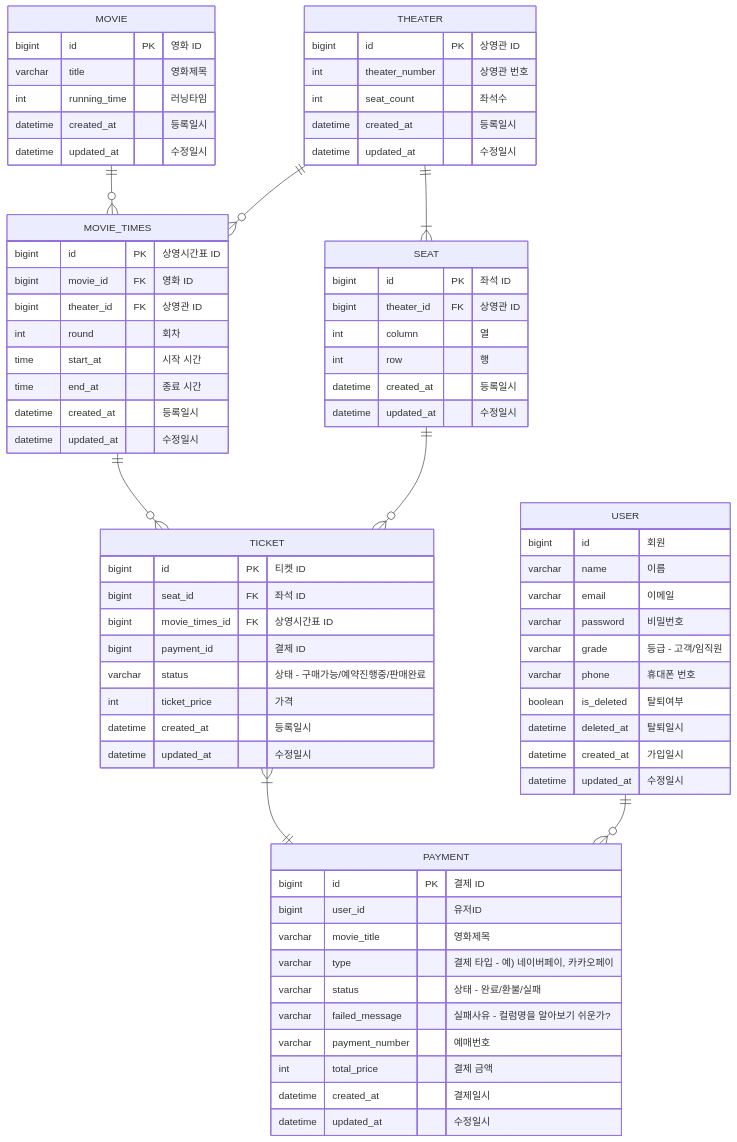
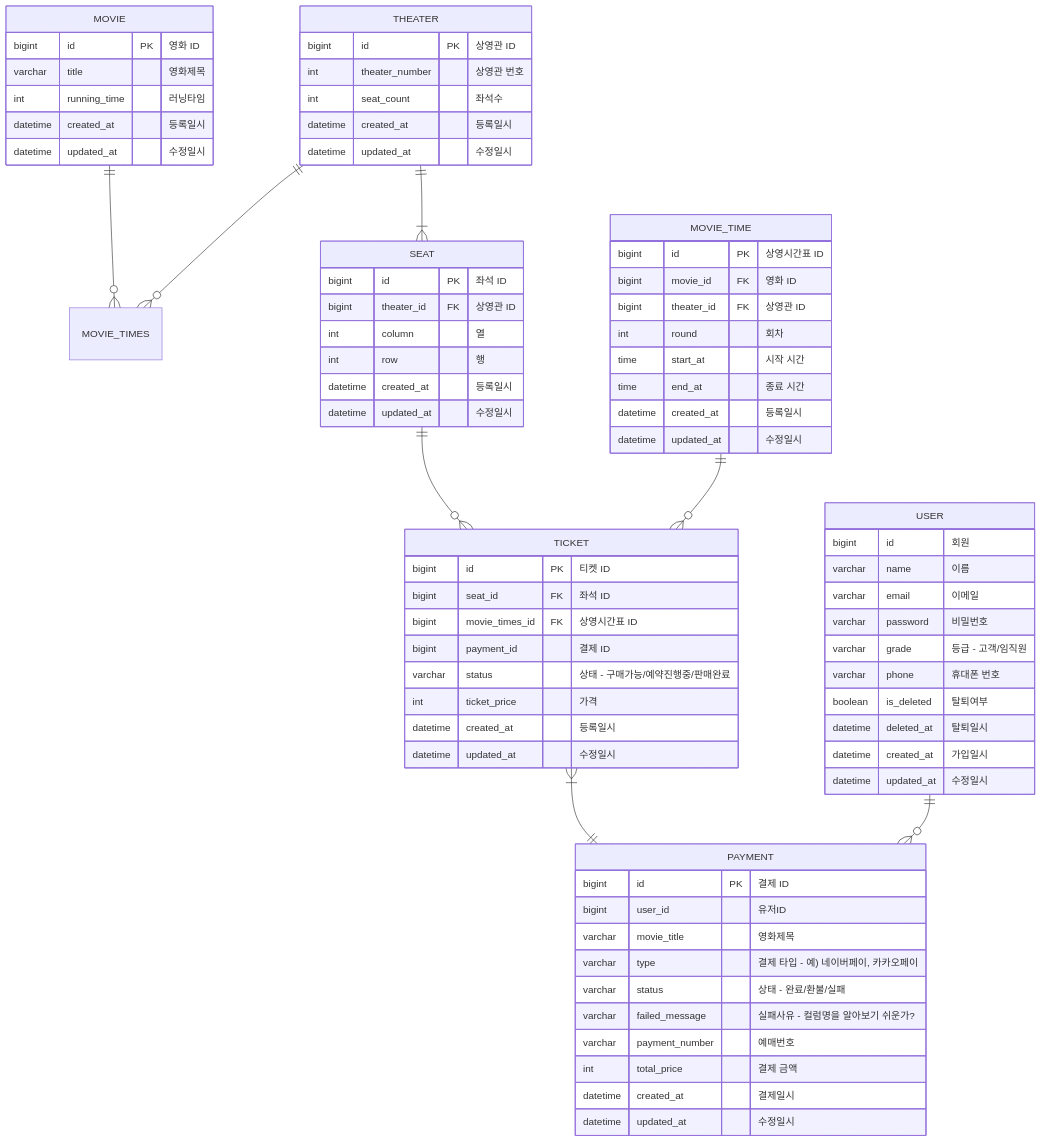
The diagram in README.md (f-lab-edu/Ticketing), drawn with Mermaid before and after one commit.

````diff
--- a/README.md
+++ b/README.md
@@ -45,76 +45,76 @@
 ``` mermaid
 erDiagram
     MOVIE ||--o{ MOVIE_TIMES : ""
     MOVIE {
         bigint id PK "영화 ID"
         varchar title "영화제목"
         int running_time "러닝타임"
         datetime created_at "등록일시"
         datetime updated_at "수정일시"
     }
     THEATER ||--o{ MOVIE_TIMES : ""
     THEATER ||--|{ SEAT : ""
     THEATER {
         bigint id PK "상영관 ID"
         int theater_number "상영관 번호"
         int seat_count "좌석수"
         datetime created_at "등록일시"
         datetime updated_at "수정일시"
     }
     SEAT ||--o{ TICKET : ""
     SEAT {
         bigint id PK "좌석 ID"
         bigint theater_id FK "상영관 ID"
         int column "열"
         int row "행"
         datetime created_at "등록일시"
         datetime updated_at "수정일시"
     }
-    MOVIE_TIMES ||--o{ TICKET : ""
-    MOVIE_TIMES {
+    MOVIE_TIME ||--o{ TICKET : ""
+    MOVIE_TIME {
         bigint id PK "상영시간표 ID"
         bigint movie_id FK "영화 ID"
         bigint theater_id FK "상영관 ID"
         int round "회차"
         time start_at "시작 시간"
         time end_at "종료 시간"
         datetime created_at "등록일시"
         datetime updated_at "수정일시"
     }
     TICKET {
         bigint id PK "티켓 ID"
         bigint seat_id FK "좌석 ID"
         bigint movie_times_id FK "상영시간표 ID"
         bigint payment_id "결제 ID"
         varchar status "상태 - 구매가능/예약진행중/판매완료"
         int ticket_price "가격"
         datetime created_at "등록일시"
         datetime updated_at "수정일시"
     }
     TICKET }|--|| PAYMENT : ""
     PAYMENT {
         bigint id PK "결제 ID"
         bigint user_id "유저ID"
         varchar movie_title "영화제목"
         varchar type "결제 타입 - 예) 네이버페이, 카카오페이"
         varchar status "상태 - 완료/환불/실패"
         varchar failed_message "실패사유 - 컬럼명을 알아보기 쉬운가?"
         varchar payment_number "예매번호"
         int total_price "결제 금액"
         datetime created_at "결제일시"
         datetime updated_at "수정일시"
     }
     USER ||--o{ PAYMENT : ""
     USER {
         bigint id "회원"
         varchar name "이름"
         varchar email "이메일"
         varchar password "비밀번호"
         varchar grade "등급 - 고객/임직원"
         varchar phone "휴대폰 번호"
         boolean is_deleted "탈퇴여부"
         datetime deleted_at "탈퇴일시"
         datetime created_at "가입일시"
         datetime updated_at "수정일시"
     }
 ```
````
